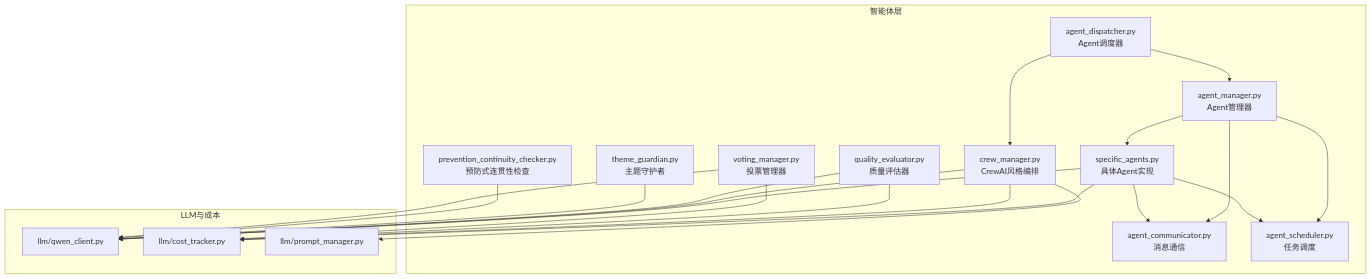
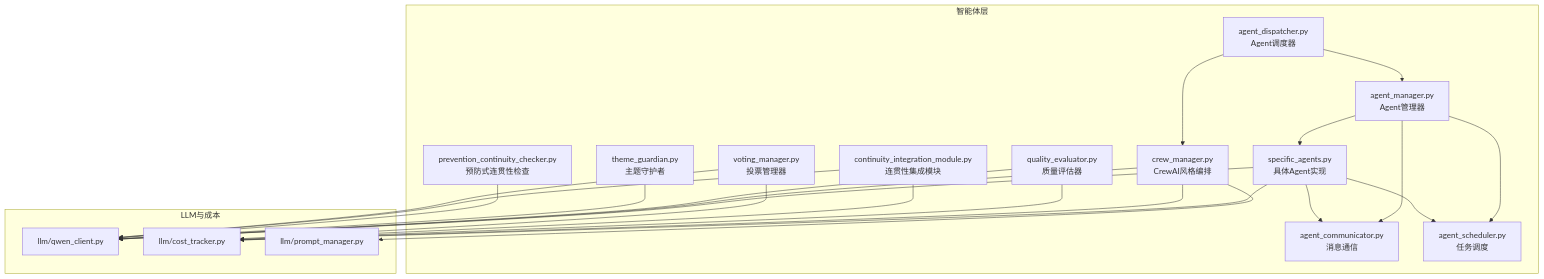
One commit to xfbyxq/ai-novel-system changed the first of 19 diagrams in .qoder/repowiki/zh/content/AI智能体系统/特定智能体实现/特定智能体实现.md. Above: the diagram before and after it, drawn with Mermaid. The commit also changed other lines of this file and 29 other files, not shown here.

````diff
--- a/.qoder/repowiki/zh/content/AI智能体系统/特定智能体实现/特定智能体实现.md
+++ b/.qoder/repowiki/zh/content/AI智能体系统/特定智能体实现/特定智能体实现.md
@@ -59,38 +63,41 @@
 ```mermaid
 graph TB
 subgraph "智能体层"
 SA["specific_agents.py<br/>具体Agent实现"]
 AM["agent_manager.py<br/>Agent管理器"]
 AD["agent_dispatcher.py<br/>Agent调度器"]
 AC["agent_communicator.py<br/>消息通信"]
 AS["agent_scheduler.py<br/>任务调度"]
 CM["crew_manager.py<br/>CrewAI风格编排"]
 QE["quality_evaluator.py<br/>质量评估器"]
 TG["theme_guardian.py<br/>主题守护者"]
 PCC["prevention_continuity_checker.py<br/>预防式连贯性检查"]
+CIM["continuity_integration_module.py<br/>连贯性集成模块"]
 VM["voting_manager.py<br/>投票管理器"]
 end
 subgraph "LLM与成本"
 QC["llm/qwen_client.py"]
 CT["llm/cost_tracker.py"]
 PM["llm/prompt_manager.py"]
 end
 AM --> AC
 AM --> AS
 AM --> SA
 AD --> AM
 AD --> CM
 SA --> AC
 SA --> AS
 SA --> QC
 SA --> CT
 CM --> QC
 CM --> CT
 CM --> PM
 QE --> QC
 QE --> CT
 TG --> QC
 PCC --> QC
+CIM --> QC
+CIM --> CT
 VM --> QC
 VM --> CT
 ```
````
